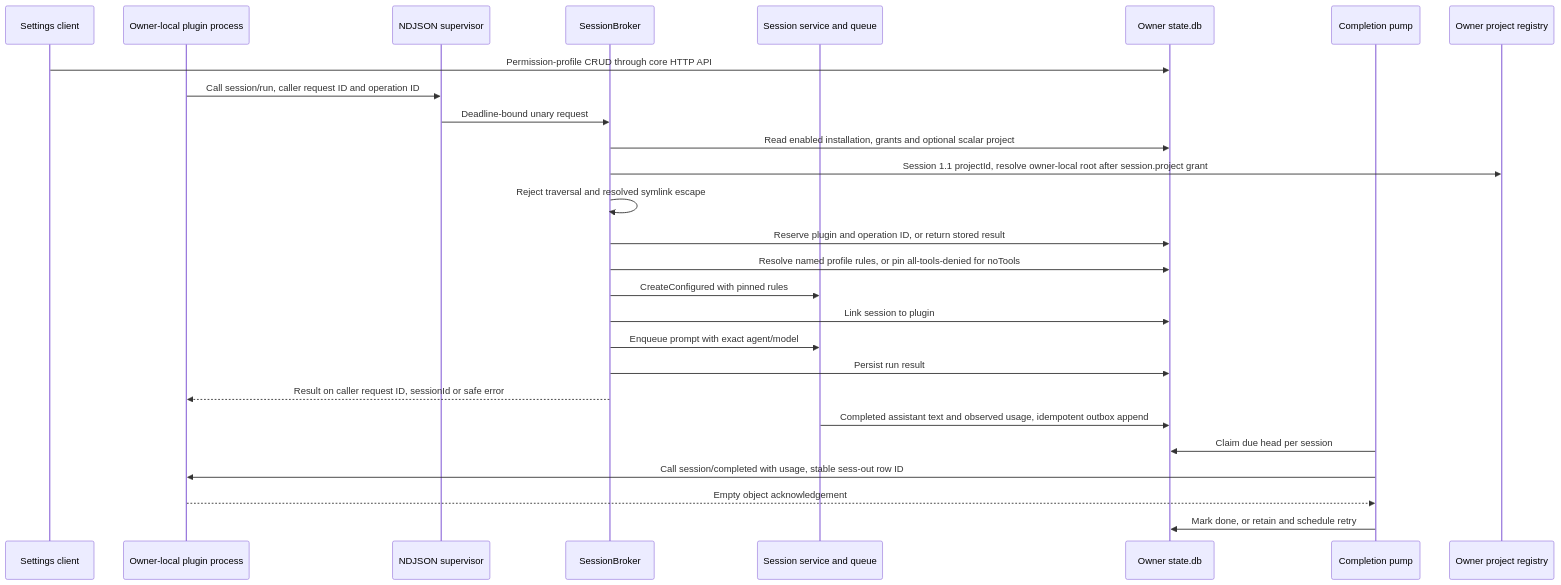
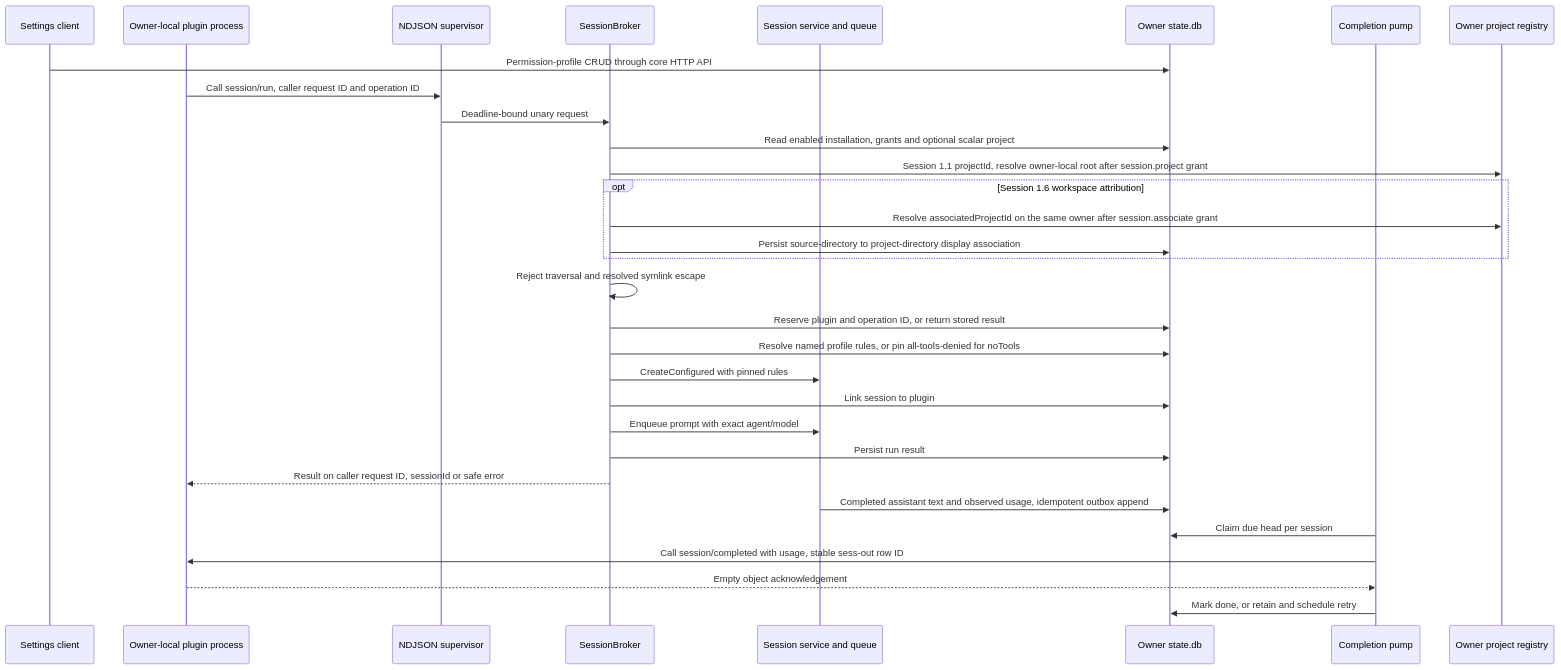
Before and after one commit to ocman/ocman: diagram 21 of 21 in docs/other/architecture.md, drawn with Mermaid. The commit also changed other lines of this file and 35 other files, not shown here.

Commit message:
feat(plugins): associate workspace sessions with projects

````diff
--- a/docs/other/architecture.md
+++ b/docs/other/architecture.md
@@ -2456,30 +2456,34 @@
 ```mermaid
 sequenceDiagram
     participant U as Settings client
     participant P as Owner-local plugin process
     participant T as NDJSON supervisor
     participant B as SessionBroker
     participant S as Session service and queue
     participant D as Owner state.db
     participant O as Completion pump
     participant R as Owner project registry
 
     U->>D: Permission-profile CRUD through core HTTP API
     P->>T: Call session/run, caller request ID and operation ID
     T->>B: Deadline-bound unary request
     B->>D: Read enabled installation, grants and optional scalar project
     B->>R: Session 1.1 projectId, resolve owner-local root after session.project grant
+    opt Session 1.6 workspace attribution
+        B->>R: Resolve associatedProjectId on the same owner after session.associate grant
+        B->>D: Persist source-directory to project-directory display association
+    end
     B->>B: Reject traversal and resolved symlink escape
     B->>D: Reserve plugin and operation ID, or return stored result
     B->>D: Resolve named profile rules, or pin all-tools-denied for noTools
     B->>S: CreateConfigured with pinned rules
     B->>D: Link session to plugin
     B->>S: Enqueue prompt with exact agent/model
     B->>D: Persist run result
     B-->>P: Result on caller request ID, sessionId or safe error
     S->>D: Completed assistant text and observed usage, idempotent outbox append
     O->>D: Claim due head per session
     O->>P: Call session/completed with usage, stable sess-out row ID
     P-->>O: Empty object acknowledgement
     O->>D: Mark done, or retain and schedule retry
 ```
````
